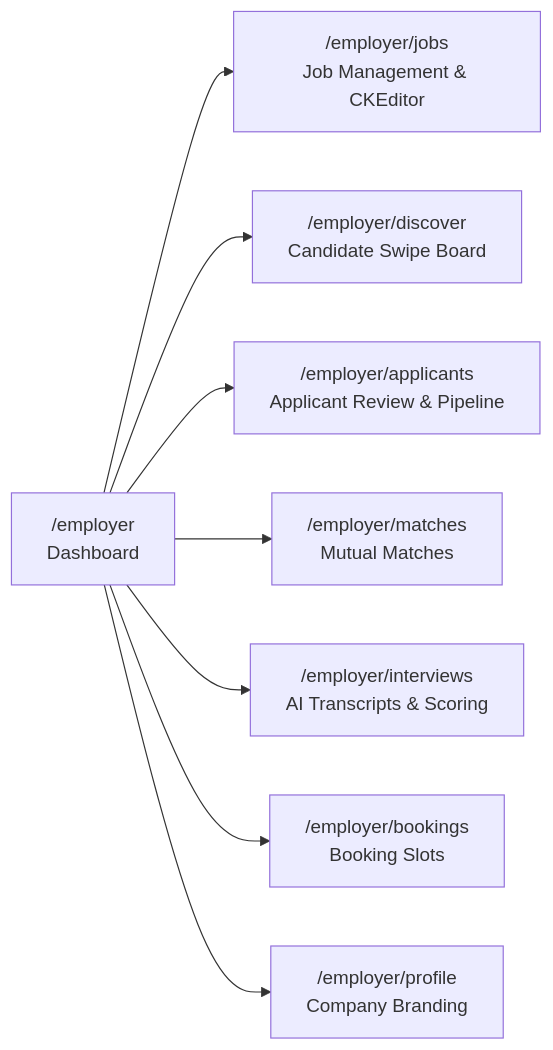
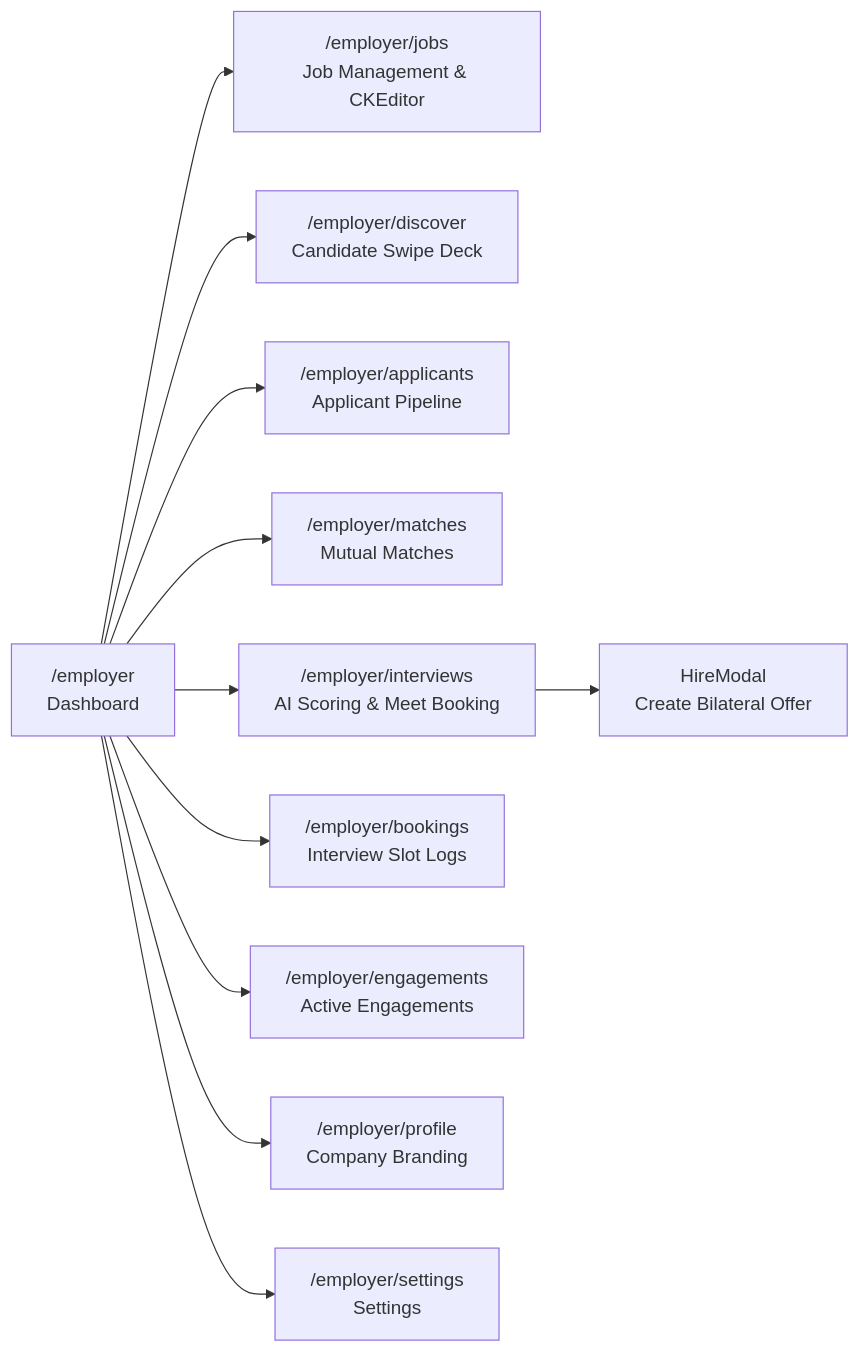
The third of 7 diagrams in USER_FLOWS.md (treyzedesign/Rolr-client), drawn with Mermaid before and after one commit. The commit also changed other lines of this file and 7 other files, not shown here.

````diff
--- a/USER_FLOWS.md
+++ b/USER_FLOWS.md
@@ -176,10 +179,13 @@
 ```mermaid
 flowchart LR
     EDash["/employer<br>Dashboard"] --> EJobs["/employer/jobs<br>Job Management & CKEditor"]
-    EDash --> EDiscover["/employer/discover<br>Candidate Swipe Board"]
-    EDash --> EApplicants["/employer/applicants<br>Applicant Review & Pipeline"]
+    EDash --> EDiscover["/employer/discover<br>Candidate Swipe Deck"]
+    EDash --> EApplicants["/employer/applicants<br>Applicant Pipeline"]
     EDash --> EMatches["/employer/matches<br>Mutual Matches"]
-    EDash --> EInterviews["/employer/interviews<br>AI Transcripts & Scoring"]
-    EDash --> EBookings["/employer/bookings<br>Booking Slots"]
+    EDash --> EInterviews["/employer/interviews<br>AI Scoring & Meet Booking"]
+    EInterviews --> EHire["HireModal<br>Create Bilateral Offer"]
+    EDash --> EBookings["/employer/bookings<br>Interview Slot Logs"]
+    EDash --> EEngage["/employer/engagements<br>Active Engagements"]
     EDash --> EProfile["/employer/profile<br>Company Branding"]
+    EDash --> ESettings["/employer/settings<br>Settings"]
 ```
````
